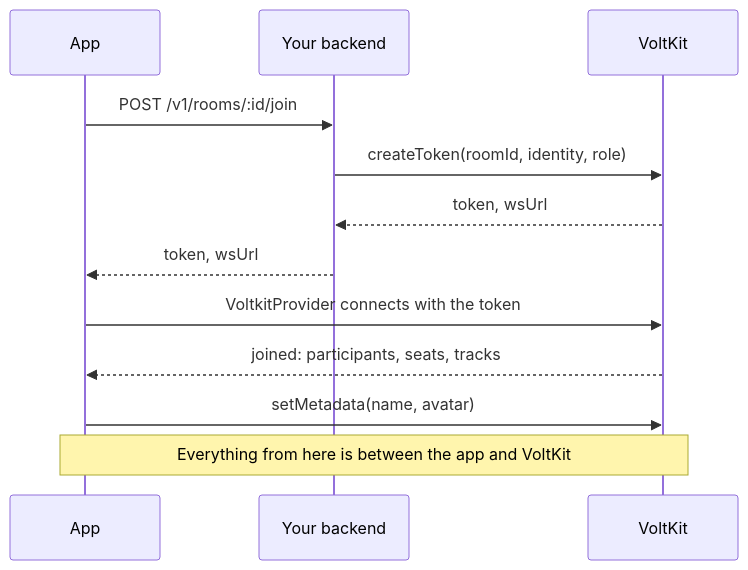
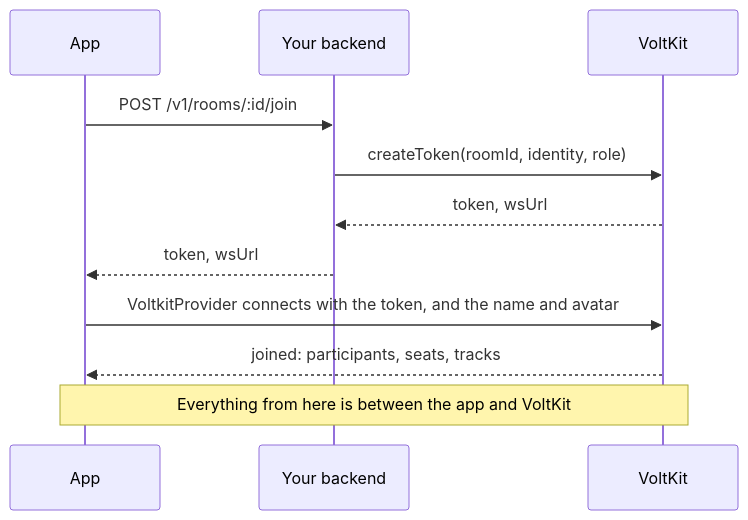
One commit to voltkit-rtc/react-native-example-audio-video changed the second of 3 diagrams in docs/architecture.md. Above: the diagram before and after it, drawn with Mermaid. The commit also changed 16 other files, not shown here.

````diff
--- a/docs/architecture.md
+++ b/docs/architecture.md
@@ -33,15 +33,14 @@
 ```mermaid
 sequenceDiagram
   participant A as App
   participant B as Your backend
   participant V as VoltKit
 
   A->>B: POST /v1/rooms/:id/join
   B->>V: createToken(roomId, identity, role)
   V-->>B: token, wsUrl
   B-->>A: token, wsUrl
-  A->>V: VoltkitProvider connects with the token
+  A->>V: VoltkitProvider connects with the token, and the name and avatar
   V-->>A: joined: participants, seats, tracks
-  A->>V: setMetadata(name, avatar)
   Note over A,V: Everything from here is between the app and VoltKit
 ```
````
